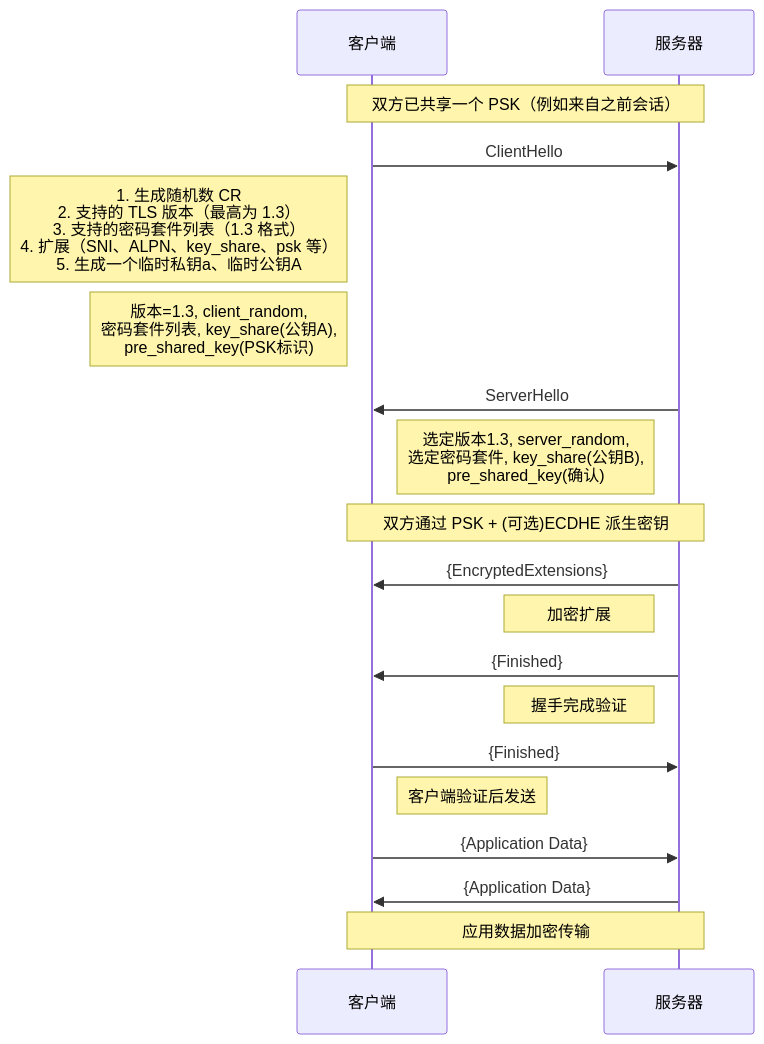
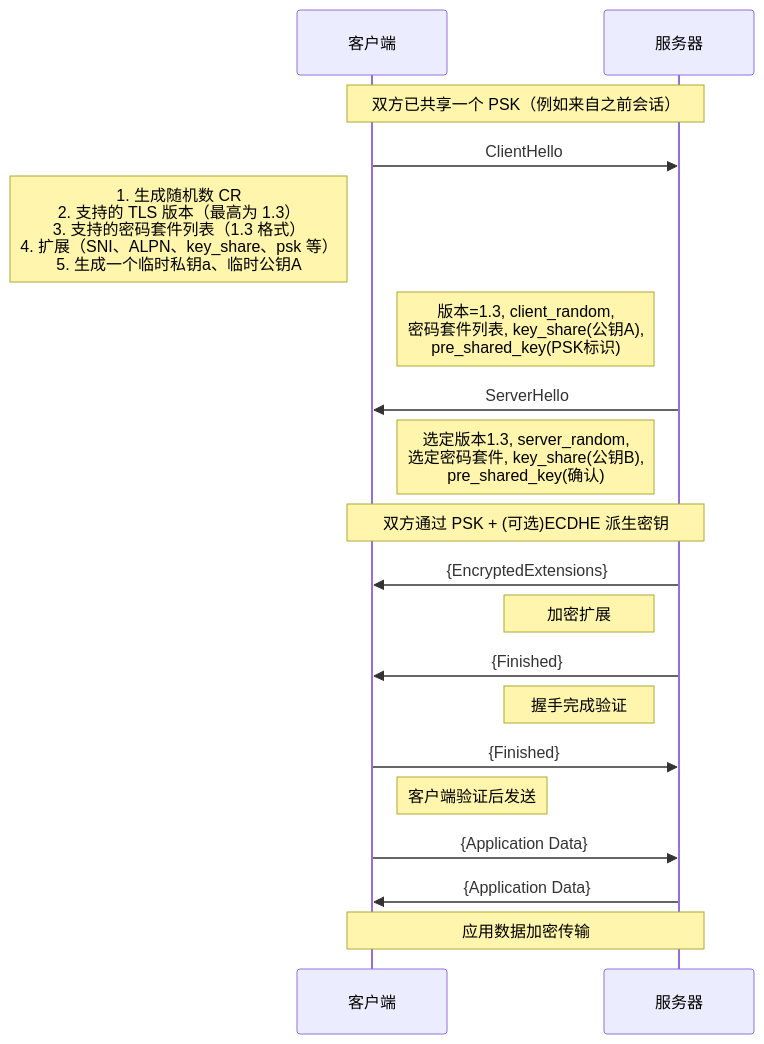
Before and after one commit to HY-10-8/iodraw-files: the diagram in all/TLS-1.3-通用.md, drawn with Mermaid.

Commit message:
2026-03-30 17:54:57 update

````diff
--- a/all/TLS-1.3-通用.md
+++ b/all/TLS-1.3-通用.md
@@ -1,29 +1,29 @@
 ```mermaid
 sequenceDiagram
     participant C as 客户端
     participant S as 服务器
 
     Note over C,S: 双方已共享一个 PSK（例如来自之前会话）
 
     C->>S: ClientHello
     Note left of C: 1. 生成随机数 CR<br/> 2. 支持的 TLS 版本（最高为 1.3）<br/> 3. 支持的密码套件列表（1.3 格式）<br/> 4. 扩展（SNI、ALPN、key_share、psk 等）<br/> 5. 生成一个临时私钥a、临时公钥A
-    Note left of C: 版本=1.3, client_random,<br/> 密码套件列表, key_share(公钥A),<br/> pre_shared_key(PSK标识)
+    Note right of C: 版本=1.3, client_random,<br/> 密码套件列表, key_share(公钥A),<br/> pre_shared_key(PSK标识)
 
     S->>C: ServerHello
     Note left of S: 选定版本1.3, server_random,<br/> 选定密码套件, key_share(公钥B),<br/> pre_shared_key(确认)
 
     Note over C,S: 双方通过 PSK + (可选)ECDHE 派生密钥
 
     S->>C: {EncryptedExtensions}
     Note left of S: 加密扩展
 
     S->>C: {Finished}
     Note left of S: 握手完成验证
 
     C->>S: {Finished}
     Note right of C: 客户端验证后发送
 
     C->>S: {Application Data}
     S->>C: {Application Data}
     Note over C,S: 应用数据加密传输
 ```
````
